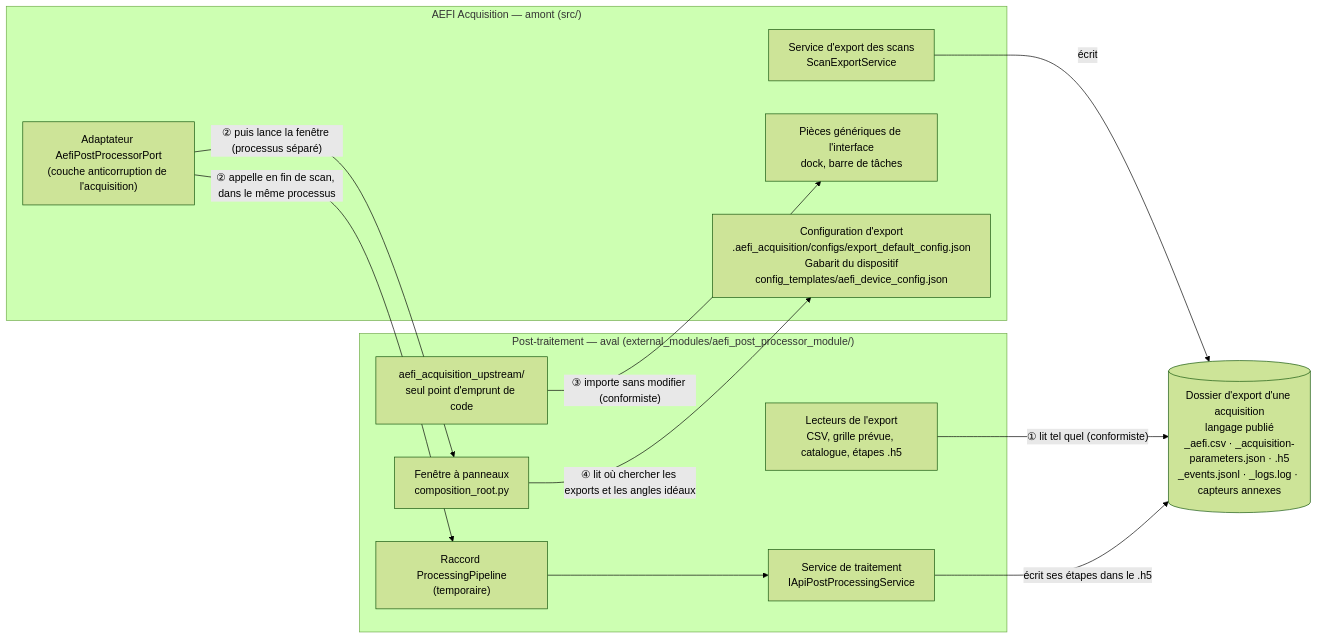
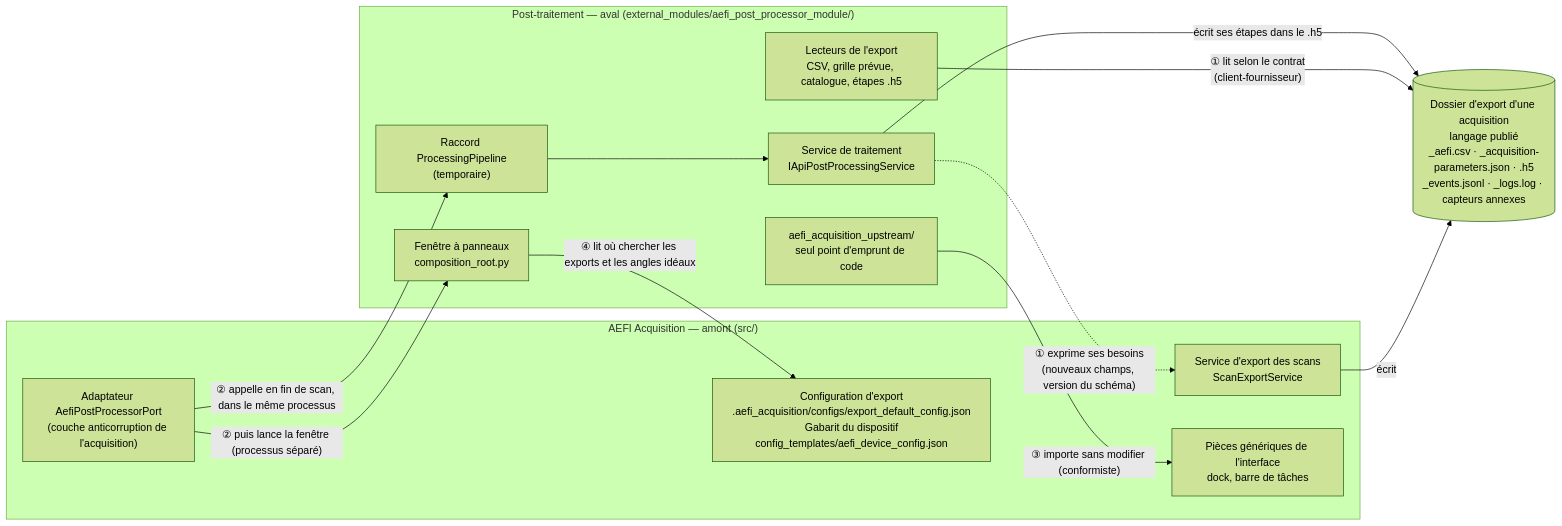
One commit to Luciosmic/AEFI_Acquisition changed the first of 3 diagrams in _system/documentation/context-map-acquisition-post-traitement.md. Above: the diagram before and after it, drawn with Mermaid (forest theme). The commit also changed other lines of this file and 1 other file, not shown here.

Commit message:
docs(architecture): le fichier des paramètres d'acquisition devient un contrat client-fournisseur entre l'acquisition et le post-traitement — les deux écarts passent en tranche 2

````diff
--- a/_system/documentation/context-map-acquisition-post-traitement.md
+++ b/_system/documentation/context-map-acquisition-post-traitement.md
@@ -12,25 +14,26 @@
 ```mermaid
 flowchart LR
     subgraph ACQ["AEFI Acquisition — amont (src/)"]
         SES["Service d'export des scans<br/>ScanExportService"]
         ACL["Adaptateur AefiPostProcessorPort<br/>(couche anticorruption de l'acquisition)"]
         UIK["Pièces génériques de l'interface<br/>dock, barre de tâches"]
         CFG["Configuration d'export<br/>.aefi_acquisition/configs/export_default_config.json<br/>Gabarit du dispositif<br/>config_templates/aefi_device_config.json"]
     end
     EXP[("Dossier d'export d'une acquisition<br/>langage publié<br/>_aefi.csv · _acquisition-parameters.json · .h5<br/>_events.jsonl · _logs.log · capteurs annexes")]
     subgraph PP["Post-traitement — aval (external_modules/aefi_post_processor_module/)"]
         RAC["Raccord ProcessingPipeline<br/>(temporaire)"]
         PPS["Service de traitement<br/>IApiPostProcessingService"]
         RD["Lecteurs de l'export<br/>CSV, grille prévue, catalogue, étapes .h5"]
         UP["aefi_acquisition_upstream/<br/>seul point d'emprunt de code"]
         WIN["Fenêtre à panneaux<br/>composition_root.py"]
     end
     SES -- "écrit" --> EXP
-    RD -- "① lit tel quel (conformiste)" --> EXP
+    RD -- "① lit selon le contrat<br/>(client-fournisseur)" --> EXP
+    PPS -. "① exprime ses besoins<br/>(nouveaux champs, version du schéma)" .-> SES
     PPS -- "écrit ses étapes dans le .h5" --> EXP
     ACL -- "② appelle en fin de scan, dans le même processus" --> RAC
     RAC --> PPS
     ACL -- "② puis lance la fenêtre (processus séparé)" --> WIN
     UP -- "③ importe sans modifier (conformiste)" --> UIK
     WIN -- "④ lit où chercher les exports et les angles idéaux" --> CFG
 ```
````
